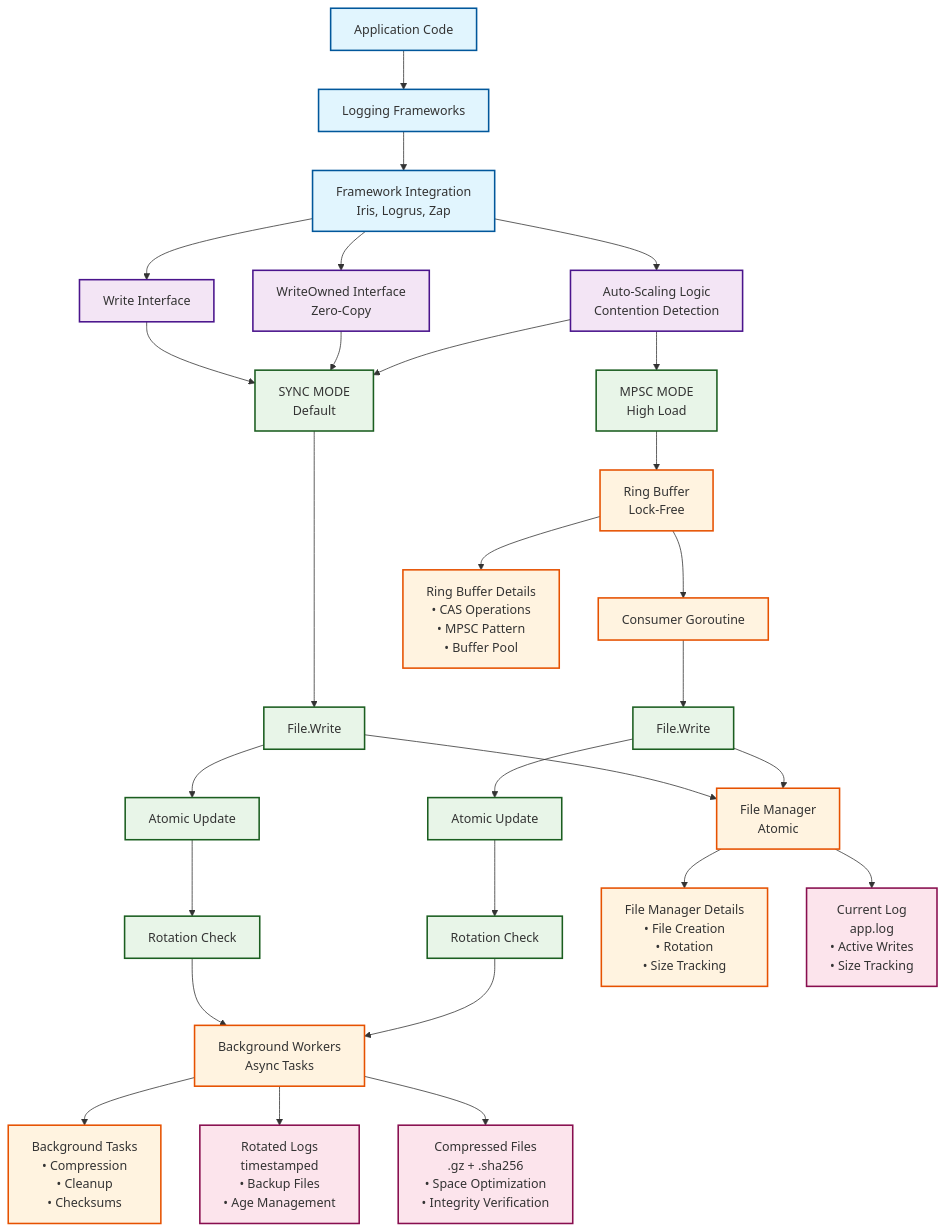
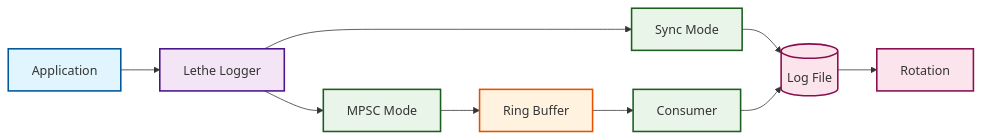
The diagram in README.md (agilira/lethe), drawn with Mermaid before and after one commit. The commit also changed other lines of this file and 10 other files, not shown here.

````diff
--- a/README.md
+++ b/README.md
@@ -57,58 +112,24 @@
 ```mermaid
-graph TB
-    %% Application Layer
-    App[Application Code] --> LogFw[Logging Frameworks]
-    LogFw --> FwInt[Framework Integration<br/>Iris, Logrus, Zap]
-    
-    %% Lethe Logger Interface
-    FwInt --> WriteInt[Write Interface]
-    FwInt --> WriteOwned[WriteOwned Interface<br/>Zero-Copy]
-    FwInt --> AutoScale[Auto-Scaling Logic<br/>Contention Detection]
-    
-    %% Execution Modes
-    WriteInt --> SyncMode[SYNC MODE<br/>Default]
-    WriteOwned --> SyncMode
-    AutoScale --> SyncMode
-    AutoScale --> MPSCMode[MPSC MODE<br/>High Load]
-    
-    %% Sync Mode Flow
-    SyncMode --> SyncWrite[File.Write]
-    SyncWrite --> SyncAtomic[Atomic Update]
-    SyncAtomic --> SyncRot[Rotation Check]
-    
-    %% MPSC Mode Flow
-    MPSCMode --> RingBuf[Ring Buffer<br/>Lock-Free]
-    RingBuf --> Consumer[Consumer Goroutine]
-    Consumer --> MPSCWrite[File.Write]
-    MPSCWrite --> MPSCAtomic[Atomic Update]
-    MPSCAtomic --> MPSCRot[Rotation Check]
-    
-    %% Core Components
-    RingBuf --> RingBufDetails[Ring Buffer Details<br/>• CAS Operations<br/>• MPSC Pattern<br/>• Buffer Pool]
-    SyncWrite --> FileMgr[File Manager<br/>Atomic]
-    MPSCWrite --> FileMgr
-    FileMgr --> FileMgrDetails[File Manager Details<br/>• File Creation<br/>• Rotation<br/>• Size Tracking]
-    
-    %% Background Workers
-    SyncRot --> BgWorkers[Background Workers<br/>Async Tasks]
-    MPSCRot --> BgWorkers
-    BgWorkers --> BgDetails[Background Tasks<br/>• Compression<br/>• Cleanup<br/>• Checksums]
-    
-    %% File System
-    FileMgr --> CurrentLog[Current Log<br/>app.log<br/>• Active Writes<br/>• Size Tracking]
-    BgWorkers --> RotatedLogs[Rotated Logs<br/>timestamped<br/>• Backup Files<br/>• Age Management]
-    BgWorkers --> CompressedFiles[Compressed Files<br/>.gz + .sha256<br/>• Space Optimization<br/>• Integrity Verification]
-    
+graph LR
+    App[Application] --> Lethe[Lethe Logger]
+    Lethe --> Sync[Sync Mode]
+    Lethe --> MPSC[MPSC Mode]
+    Sync --> File[(Log File)]
+    MPSC --> Buffer[Ring Buffer]
+    Buffer --> Consumer[Consumer]
+    Consumer --> File
+    File --> Rotate[Rotation]
+
     %% Styling
-    classDef applicationLayer fill:#e1f5fe,stroke:#01579b,stroke-width:2px
-    classDef letheLayer fill:#f3e5f5,stroke:#4a148c,stroke-width:2px
-    classDef executionLayer fill:#e8f5e8,stroke:#1b5e20,stroke-width:2px
-    classDef coreLayer fill:#fff3e0,stroke:#e65100,stroke-width:2px
-    classDef fileLayer fill:#fce4ec,stroke:#880e4f,stroke-width:2px
-    
-    class App,LogFw,FwInt applicationLayer
-    class WriteInt,WriteOwned,AutoScale letheLayer
-    class SyncMode,MPSCMode,SyncWrite,SyncAtomic,SyncRot,MPSCWrite,MPSCAtomic,MPSCRot executionLayer
-    class RingBuf,Consumer,RingBufDetails,FileMgr,FileMgrDetails,BgWorkers,BgDetails coreLayer
-    class CurrentLog,RotatedLogs,CompressedFiles fileLayer
+    classDef app fill:#e1f5fe,stroke:#01579b,stroke-width:2px
+    classDef lethe fill:#f3e5f5,stroke:#4a148c,stroke-width:2px
+    classDef mode fill:#e8f5e8,stroke:#1b5e20,stroke-width:2px
+    classDef buffer fill:#fff3e0,stroke:#e65100,stroke-width:2px
+    classDef file fill:#fce4ec,stroke:#880e4f,stroke-width:2px
+
+    class App app
+    class Lethe lethe
+    class Sync,MPSC,Consumer mode
+    class Buffer buffer
+    class File,Rotate file
 ```
````
